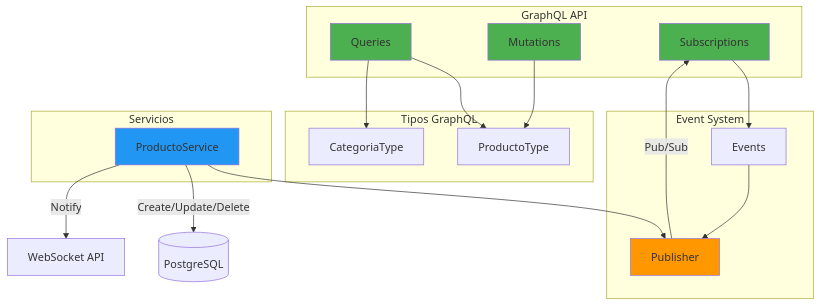
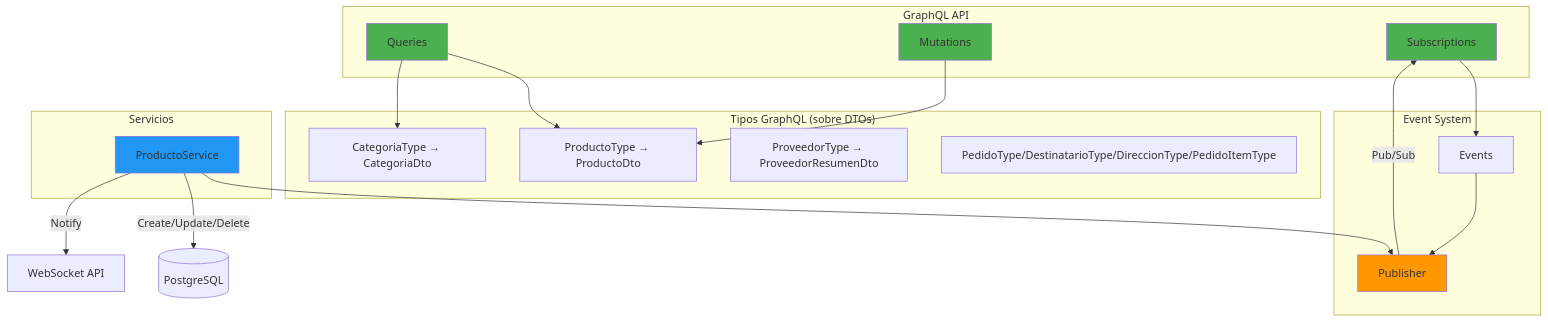
Before and after one commit to joseluisgs/TiendaDawApi-NetCore: the eighth of 10 diagrams in doc/19-graphql.md, drawn with Mermaid. The commit also changed other lines of this file and 23 other files, not shown here.

First line of the commit message:
feat(graphql): un solo contrato sobre DTOs + queries pedidos/misPedidos

````diff
--- a/doc/19-graphql.md
+++ b/doc/19-graphql.md
@@ -1772,38 +1924,40 @@
 ```mermaid
 flowchart TD
     subgraph "GraphQL API"
         Q[Queries]
         M[Mutations]
         S[Subscriptions]
     end
     
-    subgraph "Tipos GraphQL"
-        PT[ProductoType]
-        CT[CategoriaType]
+    subgraph "Tipos GraphQL (sobre DTOs)"
+        PT[ProductoType → ProductoDto]
+        CT[CategoriaType → CategoriaDto]
+        PT2[ProveedorType → ProveedorResumenDto]
+        PTip[PedidoType/DestinatarioType/DireccionType/PedidoItemType]
     end
     
     subgraph "Event System"
         E[Events]
         P[Publisher]
     end
     
     subgraph "Servicios"
         PS[ProductoService]
     end
     
     Q --> PT
     Q --> CT
     M --> PT
     S --> E
     E --> P
     PS --> P
     PS -->|"Create/Update/Delete"| Repository[(PostgreSQL)]
     PS -->|"Notify"| WebSockets[WebSocket API]
     P -->|"Pub/Sub"| S
     
     style Q fill:#4CAF50
     style M fill:#4CAF50
     style S fill:#4CAF50
     style PS fill:#2196F3
     style P fill:#FF9800
 ```
````
